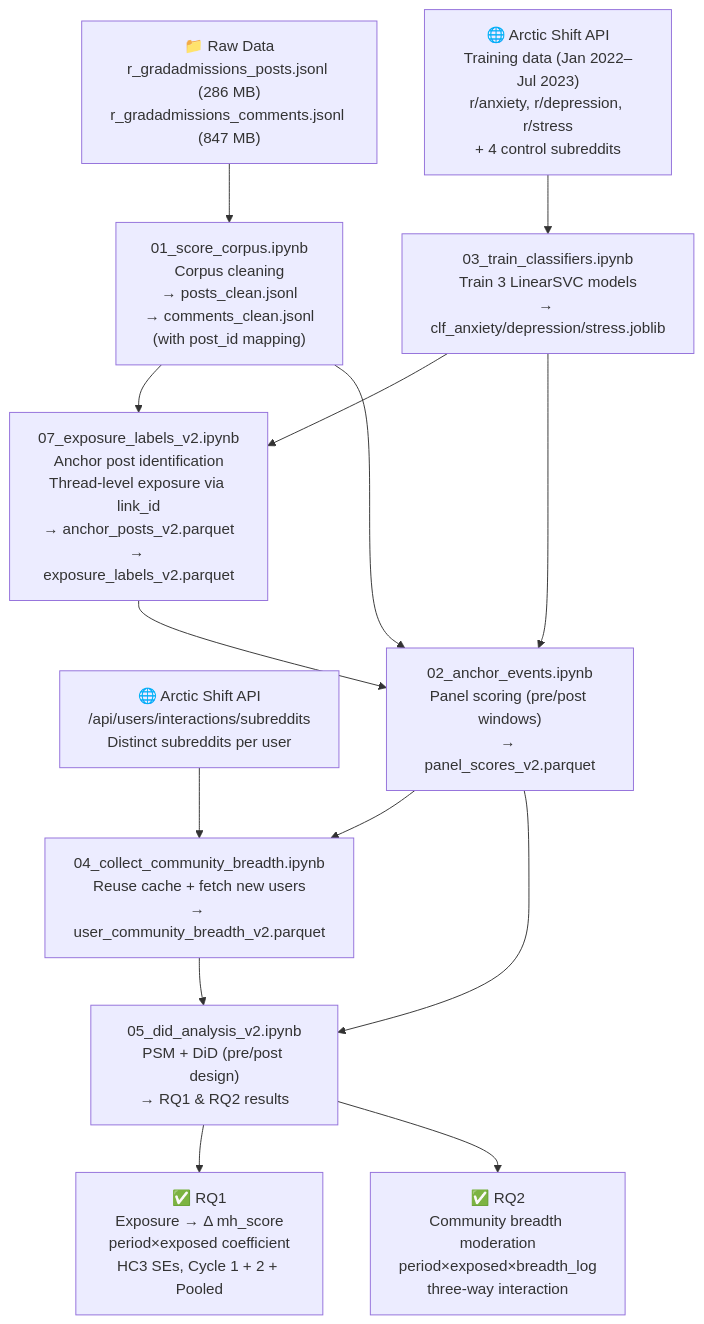
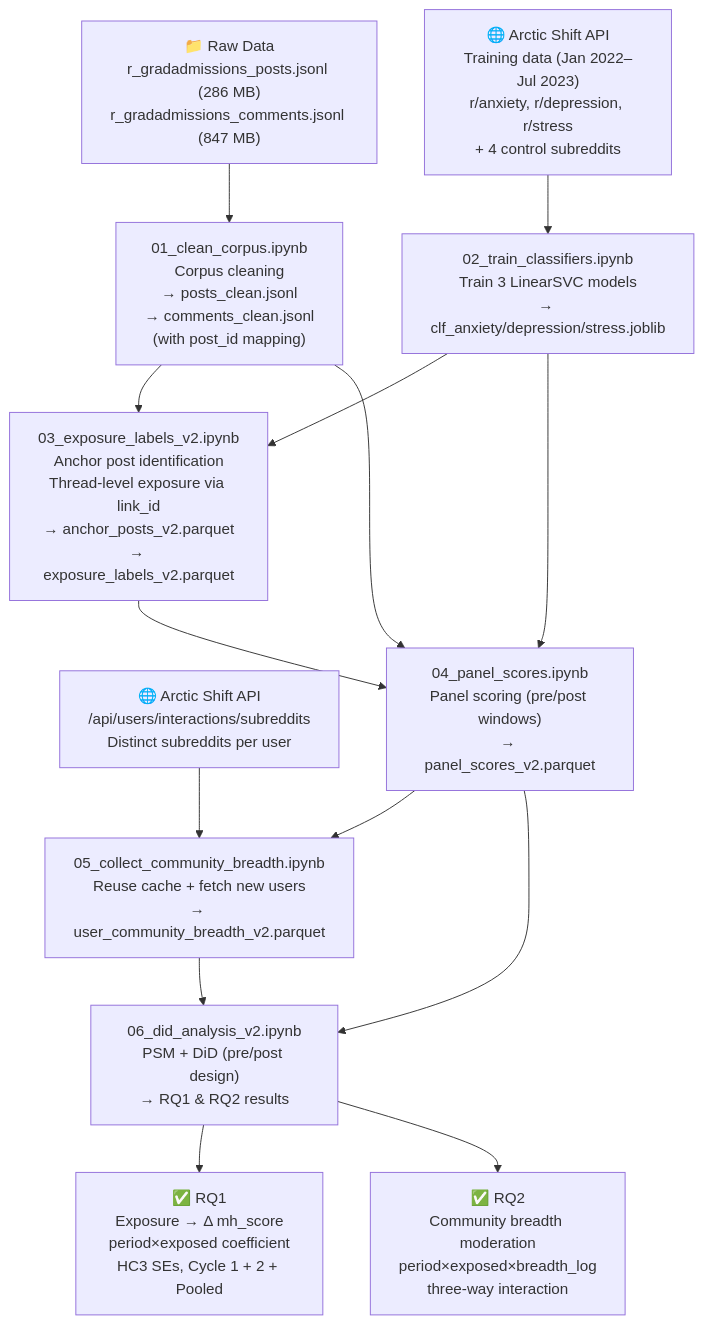
Before and after one commit to bulkpool/reddit-gradadmissions-distress: the diagram in docs/flow.md, drawn with Mermaid. The commit also changed other lines of this file and 1 other file, not shown here.

Commit message:
Update docs to reflect new notebook numbering (01–07 sequential order)

````diff
--- a/docs/flow.md
+++ b/docs/flow.md
@@ -9,31 +9,31 @@
 ```mermaid
 flowchart TD
     RAW["📁 Raw Data\nr_gradadmissions_posts.jsonl (286 MB)\nr_gradadmissions_comments.jsonl (847 MB)"]
 
     ARCTIC_TRAIN["🌐 Arctic Shift API\nTraining data (Jan 2022–Jul 2023)\nr/anxiety, r/depression, r/stress\n+ 4 control subreddits"]
     ARCTIC_BREADTH["🌐 Arctic Shift API\n/api/users/interactions/subreddits\nDistinct subreddits per user"]
 
-    N01["01_score_corpus.ipynb\nCorpus cleaning\n→ posts_clean.jsonl\n→ comments_clean.jsonl\n(with post_id mapping)"]
-    N03["03_train_classifiers.ipynb\nTrain 3 LinearSVC models\n→ clf_anxiety/depression/stress.joblib"]
-    N07["07_exposure_labels_v2.ipynb\nAnchor post identification\nThread-level exposure via link_id\n→ anchor_posts_v2.parquet\n→ exposure_labels_v2.parquet"]
-    N02["02_anchor_events.ipynb\nPanel scoring (pre/post windows)\n→ panel_scores_v2.parquet"]
-    N04["04_collect_community_breadth.ipynb\nReuse cache + fetch new users\n→ user_community_breadth_v2.parquet"]
-    N05["05_did_analysis_v2.ipynb\nPSM + DiD (pre/post design)\n→ RQ1 & RQ2 results"]
+    N01["01_clean_corpus.ipynb\nCorpus cleaning\n→ posts_clean.jsonl\n→ comments_clean.jsonl\n(with post_id mapping)"]
+    N02["02_train_classifiers.ipynb\nTrain 3 LinearSVC models\n→ clf_anxiety/depression/stress.joblib"]
+    N03["03_exposure_labels_v2.ipynb\nAnchor post identification\nThread-level exposure via link_id\n→ anchor_posts_v2.parquet\n→ exposure_labels_v2.parquet"]
+    N04["04_panel_scores.ipynb\nPanel scoring (pre/post windows)\n→ panel_scores_v2.parquet"]
+    N05["05_collect_community_breadth.ipynb\nReuse cache + fetch new users\n→ user_community_breadth_v2.parquet"]
+    N06["06_did_analysis_v2.ipynb\nPSM + DiD (pre/post design)\n→ RQ1 & RQ2 results"]
 
     RQ1["✅ RQ1\nExposure → Δ mh_score\nperiod×exposed coefficient\nHC3 SEs, Cycle 1 + 2 + Pooled"]
     RQ2["✅ RQ2\nCommunity breadth moderation\nperiod×exposed×breadth_log\nthree-way interaction"]
 
     RAW --> N01
-    ARCTIC_TRAIN --> N03
-    N01 --> N07
-    N03 --> N07
-    N01 --> N02
-    N03 --> N02
-    N07 --> N02
-    ARCTIC_BREADTH --> N04
+    ARCTIC_TRAIN --> N02
+    N01 --> N03
+    N02 --> N03
+    N01 --> N04
     N02 --> N04
-    N02 --> N05
+    N03 --> N04
+    ARCTIC_BREADTH --> N05
     N04 --> N05
-    N05 --> RQ1
-    N05 --> RQ2
+    N04 --> N06
+    N05 --> N06
+    N06 --> RQ1
+    N06 --> RQ2
 ```
````
